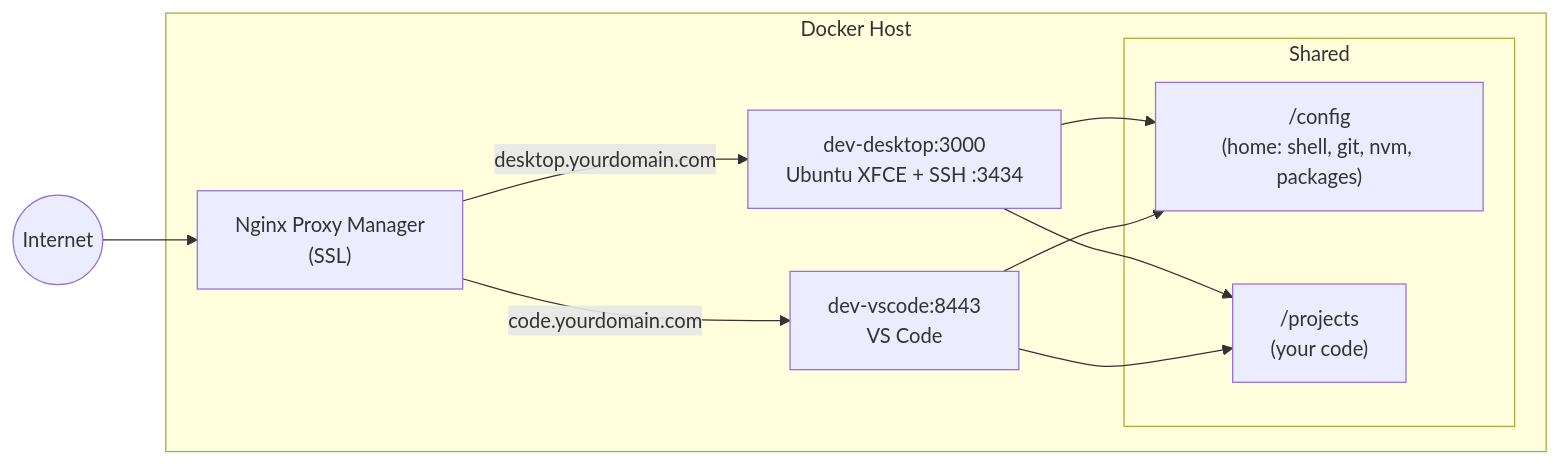
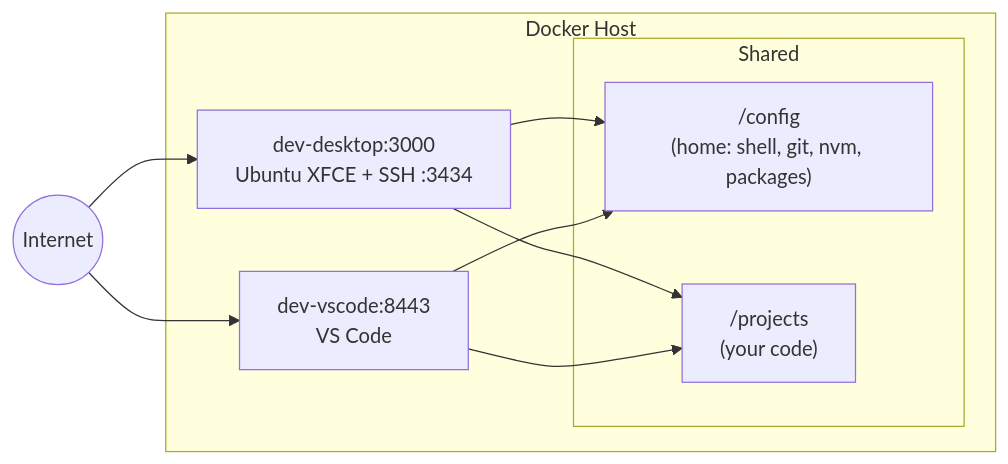
One commit to Piero24/Cloud-Dev-Desktop changed the diagram in .github/README.md. Above: the diagram before and after it, drawn with Mermaid. The commit also changed other lines of this file and 3 other files, not shown here.

````diff
--- a/.github/README.md
+++ b/.github/README.md
@@ -23,22 +23,20 @@
 ```mermaid
 flowchart LR
     Internet((Internet))
 
     subgraph Host["Docker Host"]
-        NPM["Nginx Proxy Manager\n(SSL)"]
         subgraph Volumes["Shared"]
             Config["/config\n(home: shell, git, nvm, packages)"]
             Projects["/projects\n(your code)"]
         end
         Desktop["dev-desktop:3000\nUbuntu XFCE + SSH :3434"]
         Code["dev-vscode:8443\nVS Code"]
     end
 
-    Internet --> NPM
-    NPM -->|"desktop.yourdomain.com"| Desktop
-    NPM -->|"code.yourdomain.com"| Code
+    Internet --> Desktop
+    Internet --> Code
     Desktop --> Config
     Desktop --> Projects
     Code --> Config
     Code --> Projects
 ```
````
